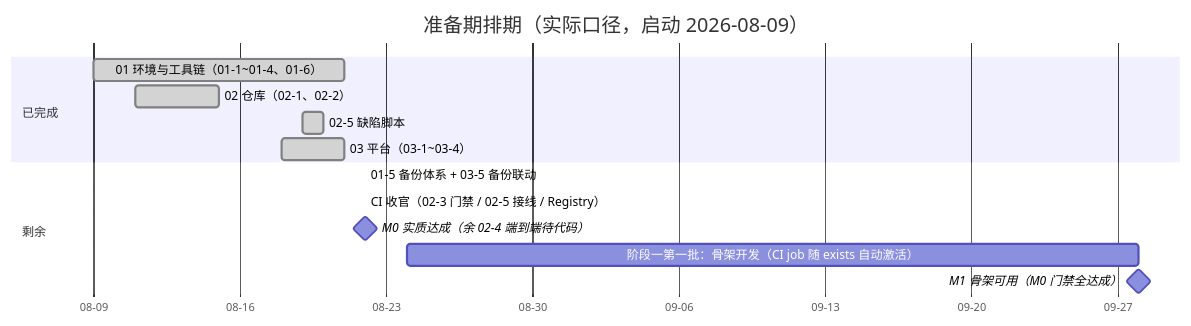
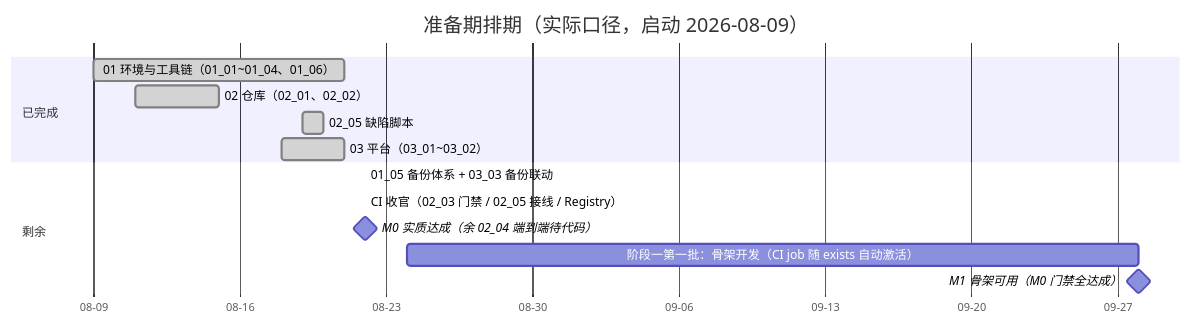
Before and after one commit to minjian123/basic-management-system: the diagram in 文档/项目/00_准备期/计划/01_计划_准备期.md, drawn with Mermaid. The commit also changed other lines of this file and 93 other files, not shown here.

````diff
--- a/文档/项目/00_准备期/计划/01_计划_准备期.md
+++ b/文档/项目/00_准备期/计划/01_计划_准备期.md
@@ -47,17 +47,17 @@
 ```mermaid
 gantt
     title 准备期排期（实际口径，启动 2026-08-09）
     dateFormat YYYY-MM-DD
     axisFormat %m-%d
     section 已完成
-    01 环境与工具链（01-1~01-4、01-6） :done, t01, 2026-08-09, 2026-08-21
-    02 仓库（02-1、02-2） :done, t02, 2026-08-11, 2026-08-15
-    02-5 缺陷脚本 :done, t02b, 2026-08-19, 1d
-    03 平台（03-1~03-4） :done, t03, 2026-08-18, 2026-08-21
+    01 环境与工具链（01_01~01_04、01_06） :done, t01, 2026-08-09, 2026-08-21
+    02 仓库（02_01、02_02） :done, t02, 2026-08-11, 2026-08-15
+    02_05 缺陷脚本 :done, t02b, 2026-08-19, 1d
+    03 平台（03_01~03_02） :done, t03, 2026-08-18, 2026-08-21
     section 剩余
-    01-5 备份体系 + 03-5 备份联动 :done, t04, 2026-08-22, 2026-08-22
-    CI 收官（02-3 门禁 / 02-5 接线 / Registry） :done, t05, 2026-08-22, 2026-08-22
-    M0 实质达成（余 02-4 端到端待代码） :milestone, m0, 2026-08-22, 0d
+    01_05 备份体系 + 03_03 备份联动 :done, t04, 2026-08-22, 2026-08-22
+    CI 收官（02_03 门禁 / 02_05 接线 / Registry） :done, t05, 2026-08-22, 2026-08-22
+    M0 实质达成（余 02_04 端到端待代码） :milestone, m0, 2026-08-22, 0d
     阶段一第一批：骨架开发（CI job 随 exists 自动激活） :t06, 2026-08-24, 2026-09-28
     M1 骨架可用（M0 门禁全达成） :milestone, m1, 2026-09-28, 0d
 ```
````
